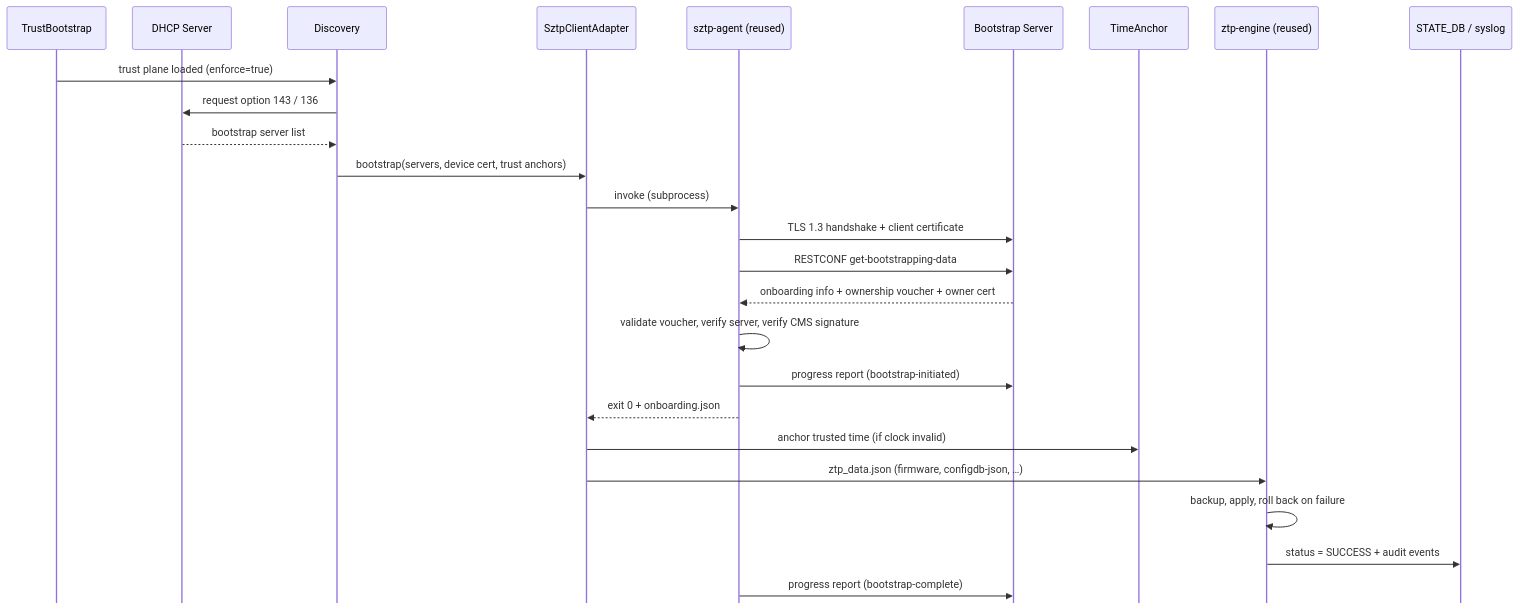
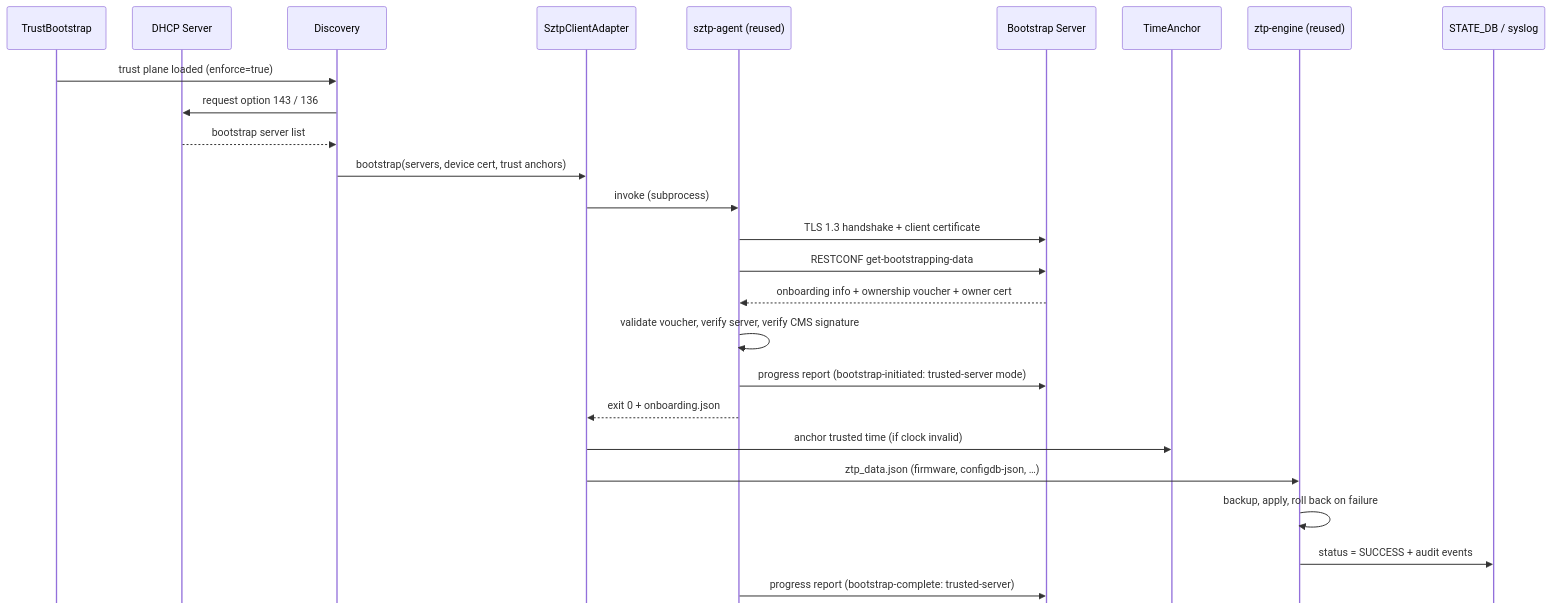
Before and after one commit to sonic-net/SONiC: the ninth of 14 diagrams in doc/ztp/trusted-ztp.md, drawn with Mermaid. The commit also changed other lines of this file, not shown here.

First line of the commit message:
Update trusted-ztp.md

````diff
--- a/doc/ztp/trusted-ztp.md
+++ b/doc/ztp/trusted-ztp.md
@@ -983,30 +983,30 @@
 ```mermaid
 %%{init: {'sequence': {'mirrorActors': false, 'actorMargin': 40}, 'themeVariables': {'fontSize': '12px'}}}%%
 sequenceDiagram
     participant TB as TrustBootstrap
     participant DHCP as DHCP Server
     participant DISC as Discovery
     participant ADP as SztpClientAdapter
     participant AGT as sztp-agent (reused)
     participant BS as Bootstrap Server
     participant TA as TimeAnchor
     participant ENG as ztp-engine (reused)
     participant DB as STATE_DB / syslog
 
     TB->>DISC: trust plane loaded (enforce=true)
     DISC->>DHCP: request option 143 / 136
     DHCP-->>DISC: bootstrap server list
     DISC->>ADP: bootstrap(servers, device cert, trust anchors)
     ADP->>AGT: invoke (subprocess)
     AGT->>BS: TLS 1.3 handshake + client certificate
     AGT->>BS: RESTCONF get-bootstrapping-data
     BS-->>AGT: onboarding info + ownership voucher + owner cert
     AGT->>AGT: validate voucher, verify server, verify CMS signature
-    AGT->>BS: progress report (bootstrap-initiated)
+    AGT->>BS: progress report (bootstrap-initiated: trusted-server mode)
     AGT-->>ADP: exit 0 + onboarding.json
     ADP->>TA: anchor trusted time (if clock invalid)
     ADP->>ENG: ztp_data.json (firmware, configdb-json, …)
     ENG->>ENG: backup, apply, roll back on failure
     ENG->>DB: status = SUCCESS + audit events
-    AGT->>BS: progress report (bootstrap-complete)
+    AGT->>BS: progress report (bootstrap-complete: trusted-server)
 ```
````
